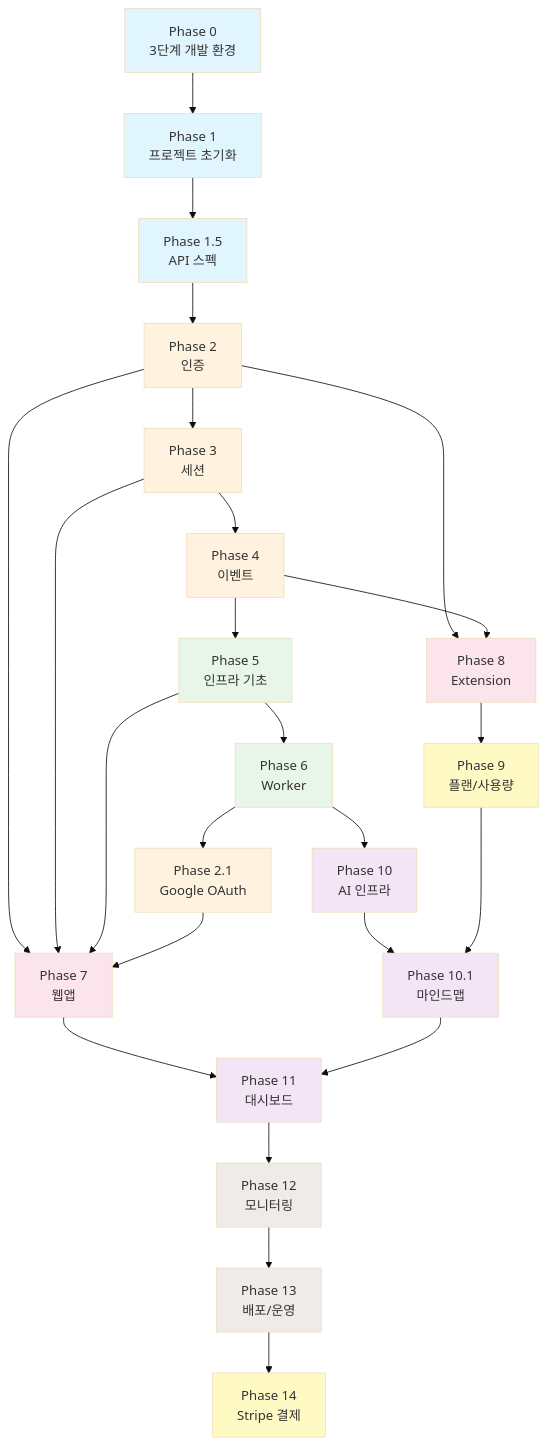
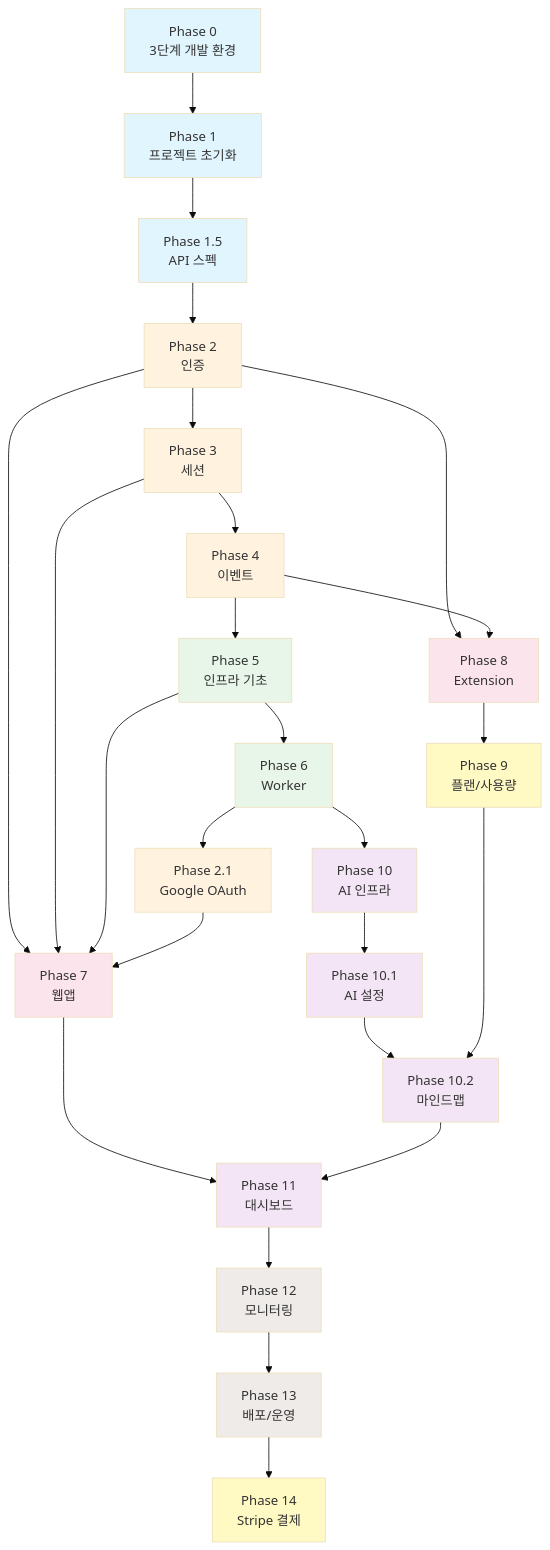
The diagram in docs/development/phases/README.md (coldzero94/mindhit), drawn with Mermaid (base theme) before and after one commit. The commit also changed other lines of this file and 3 other files, not shown here.

````diff
--- a/docs/development/phases/README.md
+++ b/docs/development/phases/README.md
@@ -67,61 +69,65 @@
 ```mermaid
 flowchart TD
     P0[Phase 0<br/>3단계 개발 환경] --> P1[Phase 1<br/>프로젝트 초기화]
     P1 --> P1_5[Phase 1.5<br/>API 스펙]
     P1_5 --> P2[Phase 2<br/>인증]
     P2 --> P3[Phase 3<br/>세션]
     P3 --> P4[Phase 4<br/>이벤트]
     P4 --> P5[Phase 5<br/>인프라 기초]
     P5 --> P6[Phase 6<br/>Worker]
 
     %% Phase 2.1: Google OAuth (Phase 6 이후, Phase 7 전)
     P6 --> P2_1[Phase 2.1<br/>Google OAuth]
 
     %% Phase 7: 인증 + 세션 + 인프라 + OAuth 필요
     P2 --> P7[Phase 7<br/>웹앱]
     P3 --> P7
     P5 --> P7
     P2_1 --> P7
 
     %% Phase 8: 인증 + 이벤트 API 필요
     P2 --> P8[Phase 8<br/>Extension]
     P4 --> P8
 
     %% Phase 9: 플랜/사용량 (AI 전에 필요)
     P8 --> P9[Phase 9<br/>플랜/사용량]
 
     %% Phase 10: AI Provider 인프라 (Worker 의존)
     P6 --> P10[Phase 10<br/>AI 인프라]
 
-    %% Phase 10.1: 마인드맵 생성 (AI 인프라 + 사용량 시스템 의존)
-    P10 --> P10_1[Phase 10.1<br/>마인드맵]
-    P9 --> P10_1
+    %% Phase 10.1: AI 설정 및 로깅 (AI 인프라 의존)
+    P10 --> P10_1[Phase 10.1<br/>AI 설정]
+
+    %% Phase 10.2: 마인드맵 생성 (AI 설정 + 사용량 시스템 의존)
+    P10_1 --> P10_2[Phase 10.2<br/>마인드맵]
+    P9 --> P10_2
 
     %% Phase 11: 대시보드
     P7 --> P11[Phase 11<br/>대시보드]
-    P10_1 --> P11
+    P10_2 --> P11
 
     %% Phase 12-14: 운영 및 결제
     P11 --> P12[Phase 12<br/>모니터링]
     P12 --> P13[Phase 13<br/>배포/운영]
     P13 --> P14[Phase 14<br/>Stripe 결제]
 
     style P0 fill:#e1f5fe
     style P1 fill:#e1f5fe
     style P1_5 fill:#e1f5fe
     style P2 fill:#fff3e0
     style P2_1 fill:#fff3e0
     style P3 fill:#fff3e0
     style P4 fill:#fff3e0
     style P5 fill:#e8f5e9
     style P6 fill:#e8f5e9
     style P7 fill:#fce4ec
     style P8 fill:#fce4ec
     style P9 fill:#fff9c4
     style P10 fill:#f3e5f5
     style P10_1 fill:#f3e5f5
+    style P10_2 fill:#f3e5f5
     style P11 fill:#f3e5f5
     style P12 fill:#efebe9
     style P13 fill:#efebe9
     style P14 fill:#fff9c4
 ```
````
